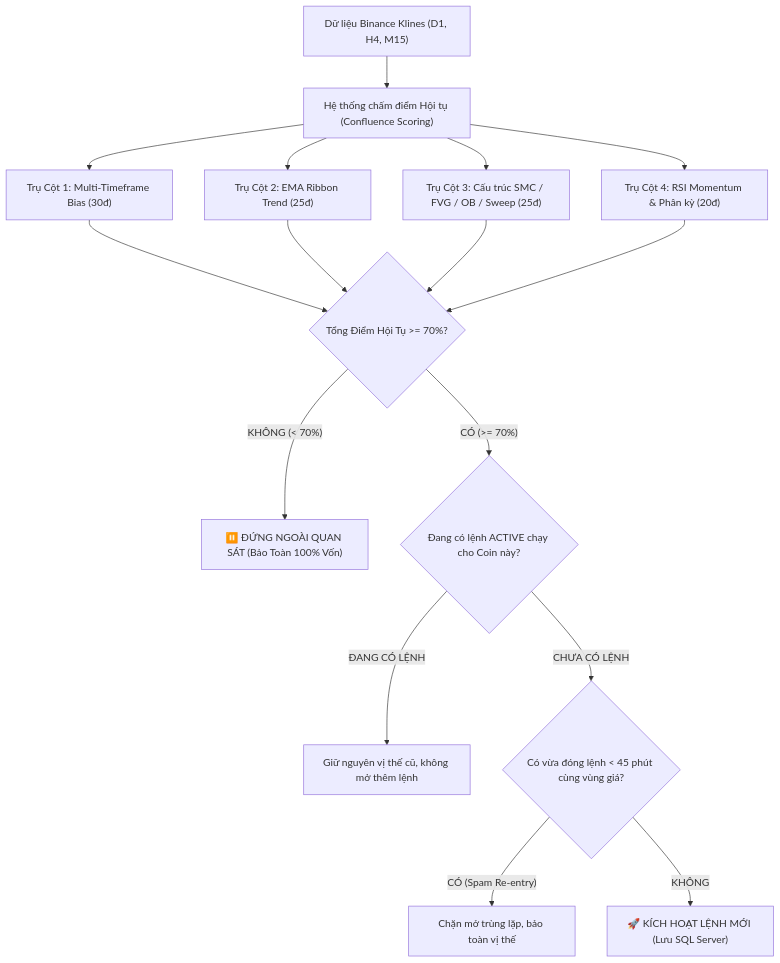
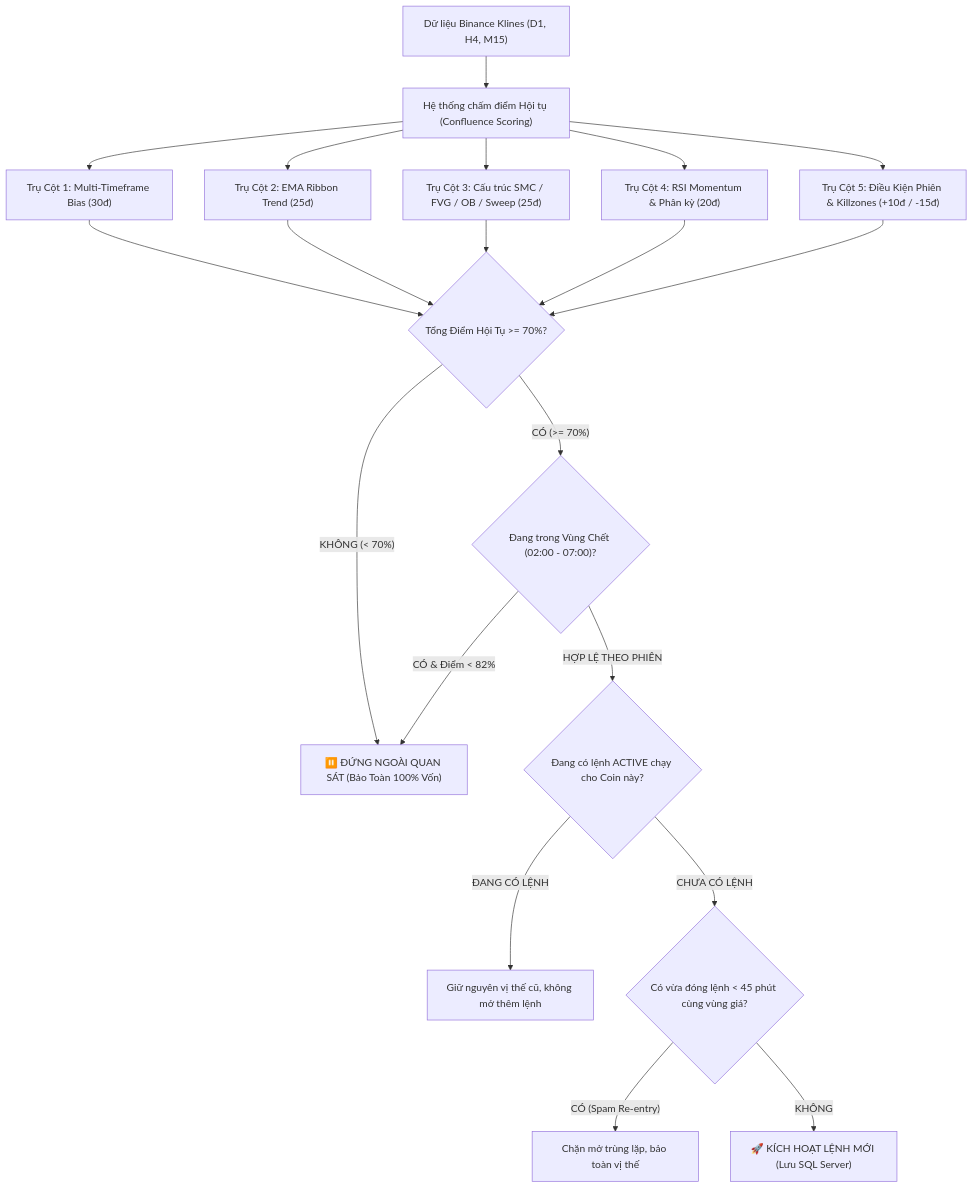
One commit to mrdat1998-it/Binance changed the diagram in HUONG_DAN_SU_DUNG.md. Above: the diagram before and after it, drawn with Mermaid. The commit also changed other lines of this file and 10 other files, not shown here.

````diff
--- a/HUONG_DAN_SU_DUNG.md
+++ b/HUONG_DAN_SU_DUNG.md
@@ -112,15 +112,18 @@
 ```mermaid
 flowchart TD
     A["Dữ liệu Binance Klines (D1, H4, M15)"] --> B["Hệ thống chấm điểm Hội tụ (Confluence Scoring)"]
     B --> C1["Trụ Cột 1: Multi-Timeframe Bias (30đ)"]
     B --> C2["Trụ Cột 2: EMA Ribbon Trend (25đ)"]
     B --> C3["Trụ Cột 3: Cấu trúc SMC / FVG / OB / Sweep (25đ)"]
     B --> C4["Trụ Cột 4: RSI Momentum & Phân kỳ (20đ)"]
-    C1 & C2 & C3 & C4 --> D{"Tổng Điểm Hội Tụ >= 70%?"}
+    B --> C5["Trụ Cột 5: Điều Kiện Phiên & Killzones (+10đ / -15đ)"]
+    C1 & C2 & C3 & C4 & C5 --> D{"Tổng Điểm Hội Tụ >= 70%?"}
     D -- "KHÔNG (< 70%)" --> E["⏸️ ĐỨNG NGOÀI QUAN SÁT (Bảo Toàn 100% Vốn)"]
-    D -- "CÓ (>= 70%)" --> F{"Đang có lệnh ACTIVE chạy cho Coin này?"}
-    F -- "ĐANG CÓ LỆNH" --> G["Giữ nguyên vị thế cũ, không mở thêm lệnh"]
-    F -- "CHƯA CÓ LỆNH" --> H{"Có vừa đóng lệnh < 45 phút cùng vùng giá?"}
-    H -- "CÓ (Spam Re-entry)" --> I["Chặn mở trùng lặp, bảo toàn vị thế"]
-    H -- "KHÔNG" --> J["🚀 KÍCH HOẠT LỆNH MỚI (Lưu SQL Server)"]
+    D -- "CÓ (>= 70%)" --> F{"Đang trong Vùng Chết (02:00 - 07:00)?"}
+    F -- "CÓ & Điểm < 82%" --> E
+    F -- "HỢP LỆ THEO PHIÊN" --> G{"Đang có lệnh ACTIVE chạy cho Coin này?"}
+    G -- "ĐANG CÓ LỆNH" --> H["Giữ nguyên vị thế cũ, không mở thêm lệnh"]
+    G -- "CHƯA CÓ LỆNH" --> I{"Có vừa đóng lệnh < 45 phút cùng vùng giá?"}
+    I -- "CÓ (Spam Re-entry)" --> J["Chặn mở trùng lặp, bảo toàn vị thế"]
+    I -- "KHÔNG" --> K["🚀 KÍCH HOẠT LỆNH MỚI (Lưu SQL Server)"]
 ```
````
